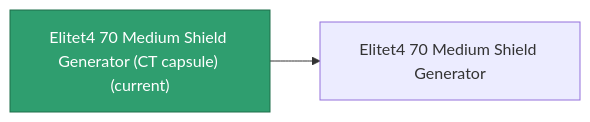
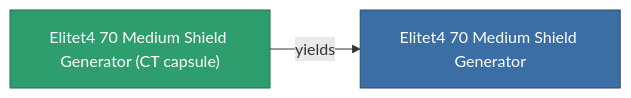
The diagram in content/content/items/elitet4_70_medium_shield_generator_CT_capsule.md (OpenPerpetuum/Wiki), drawn with Mermaid before and after one commit. The commit also changed other lines of this file and 2015 other files, not shown here.

````diff
--- a/content/content/items/elitet4_70_medium_shield_generator_CT_capsule.md
+++ b/content/content/items/elitet4_70_medium_shield_generator_CT_capsule.md
@@ -33,8 +33,9 @@
 ```mermaid
 graph LR
-    a["Elitet4 70 Medium Shield Generator (CT capsule) (current)"]:::current
-    b["Elitet4 70 Medium Shield Generator"]
-    a --> b
-    click b "/content/items/elitet4-70-medium-shield-generator/" "Elitet4 70 Medium Shield Generator"
+    a["Elitet4 70 Medium Shield Generator (CT capsule)"]:::current
+    b["Elitet4 70 Medium Shield Generator"]:::finished
+    a -->|yields| b
+                click b "/content/items/elitet4-70-medium-shield-generator/" "Elitet4 70 Medium Shield Generator"
     classDef current fill:#2f9e6f,stroke:#1f6f4a,color:#ffffff
+    classDef finished fill:#3b6ea5,stroke:#274a75,color:#ffffff
 ```
````
